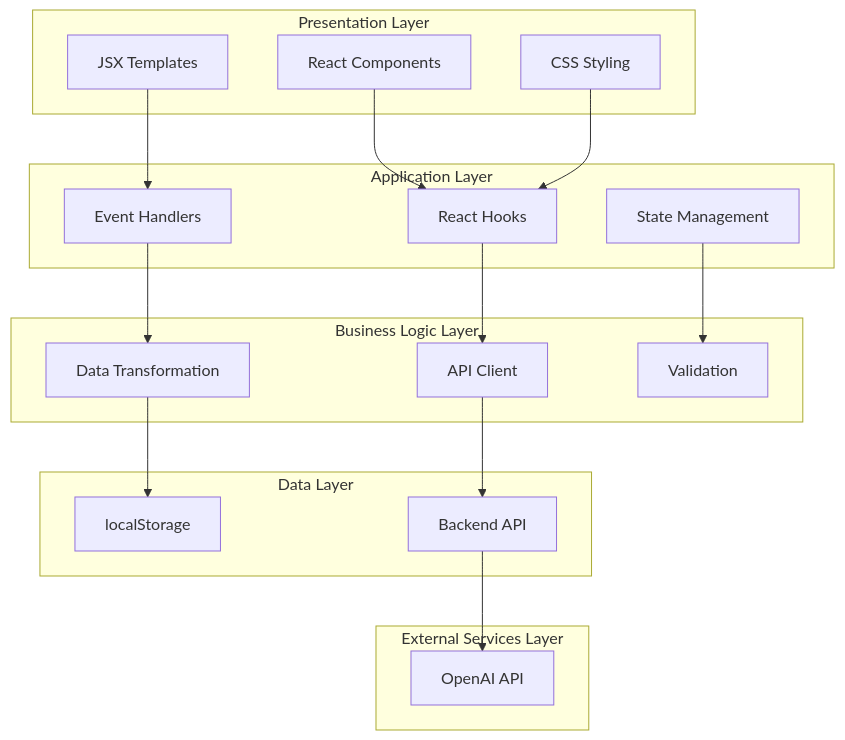
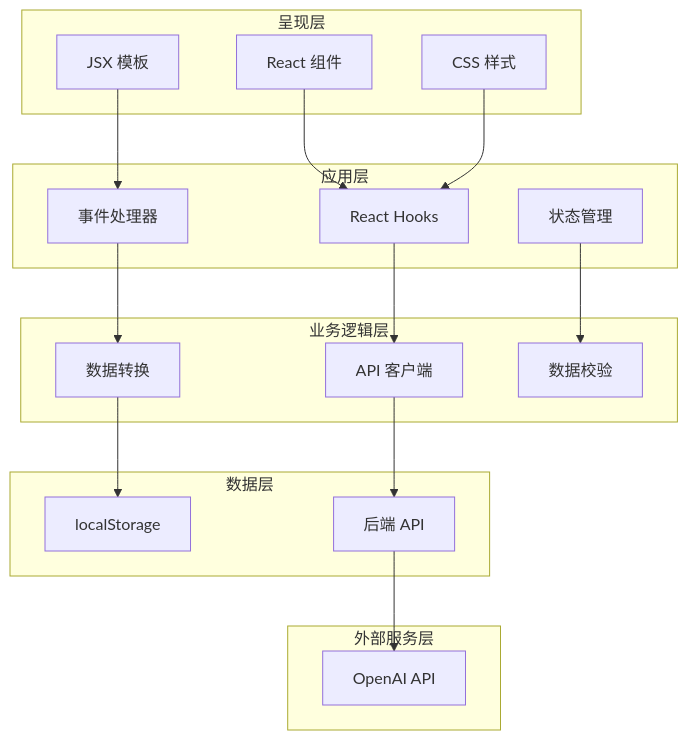
The fourth of 4 diagrams in METHODOLOGIES_AND_FRAMEWORKS.md (LYL-TUST/cv-tailor), drawn with Mermaid before and after one commit. The commit also changed other lines of this file and 2901 other files, not shown here.

````diff
--- a/METHODOLOGIES_AND_FRAMEWORKS.md
+++ b/METHODOLOGIES_AND_FRAMEWORKS.md
@@ -366,39 +400,39 @@
 ```mermaid
 graph TB
-    subgraph "Presentation Layer"
-        A1[React Components]
-        A2[JSX Templates]
-        A3[CSS Styling]
+    subgraph "呈现层"
+        A1[React 组件]
+        A2[JSX 模板]
+        A3[CSS 样式]
     end
-    
-    subgraph "Application Layer"
+
+    subgraph "应用层"
         B1[React Hooks]
-        B2[Event Handlers]
-        B3[State Management]
+        B2[事件处理器]
+        B3[状态管理]
     end
-    
-    subgraph "Business Logic Layer"
-        C1[API Client]
-        C2[Data Transformation]
-        C3[Validation]
+
+    subgraph "业务逻辑层"
+        C1[API 客户端]
+        C2[数据转换]
+        C3[数据校验]
     end
-    
-    subgraph "Data Layer"
+
+    subgraph "数据层"
         D1[localStorage]
-        D2[Backend API]
+        D2[后端 API]
     end
-    
-    subgraph "External Services Layer"
+
+    subgraph "外部服务层"
         E1[OpenAI API]
     end
-    
+
     A1 --> B1
     A2 --> B2
     A3 --> B1
     B1 --> C1
     B2 --> C2
     B3 --> C3
     C1 --> D2
     C2 --> D1
     D2 --> E1
 ```
````
